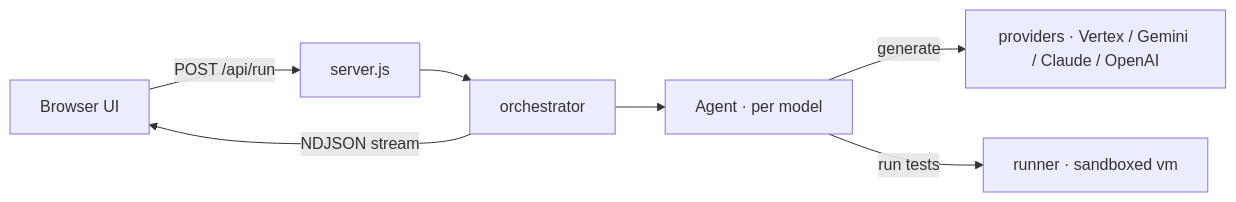
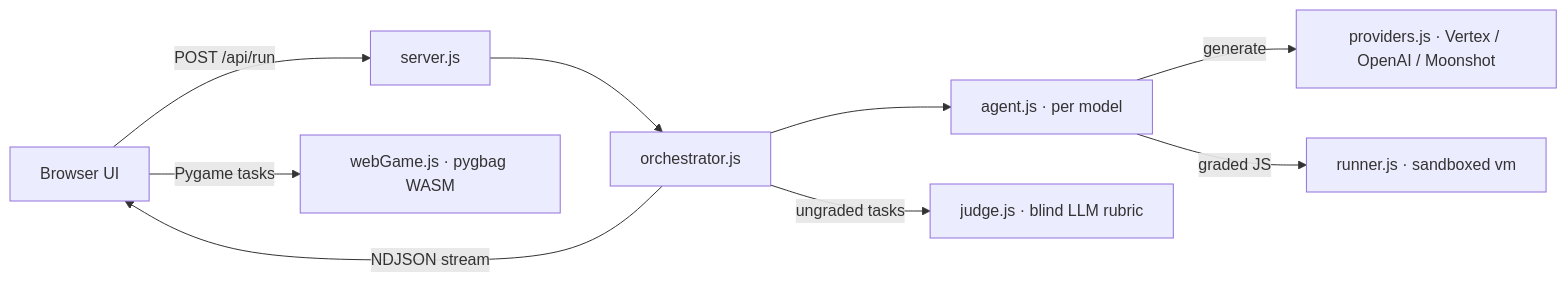
Before and after one commit to UbhiTS/llm-compare: the second of 2 diagrams in README.md, drawn with Mermaid. The commit also changed other lines of this file and 8 other files, not shown here.

````diff
--- a/README.md
+++ b/README.md
@@ -202,9 +195,11 @@
 ```mermaid
 flowchart LR
   U["Browser UI"] -->|"POST /api/run"| S["server.js"]
-  S --> O["orchestrator"]
-  O --> A["Agent · per model"]
-  A -->|generate| P["providers · Vertex / Gemini / Claude / OpenAI"]
-  A -->|"run tests"| R["runner · sandboxed vm"]
+  S --> O["orchestrator.js"]
+  O --> A["agent.js · per model"]
+  A -->|generate| P["providers.js · Vertex / OpenAI / Moonshot"]
+  A -->|"graded JS"| R["runner.js · sandboxed vm"]
+  O -->|"ungraded tasks"| J["judge.js · blind LLM rubric"]
+  U -->|"Pygame tasks"| W["webGame.js · pygbag WASM"]
   O -->|"NDJSON stream"| U
 ```
````
